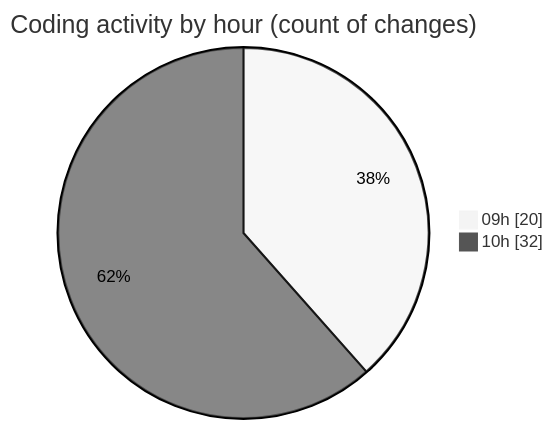
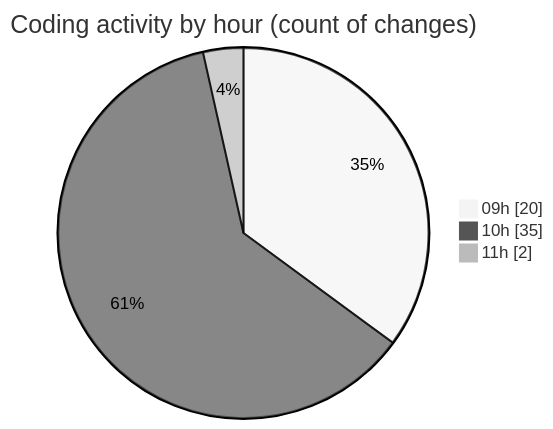
One commit to CELIANVF/code-tracking changed the second of 2 diagrams in 2025-06-10/ecodeli-1/README.md. Above: the diagram before and after it, drawn with Mermaid (neutral theme). The commit also changed other lines of this file and 1 other file, not shown here.

````diff
--- a/2025-06-10/ecodeli-1/README.md
+++ b/2025-06-10/ecodeli-1/README.md
@@ -53,6 +54,7 @@
 ```mermaid
 pie showData
 title Coding activity by hour (count of changes)
 "09h" : 20
-"10h" : 32
+"10h" : 35
+"11h" : 2
 ```
````
